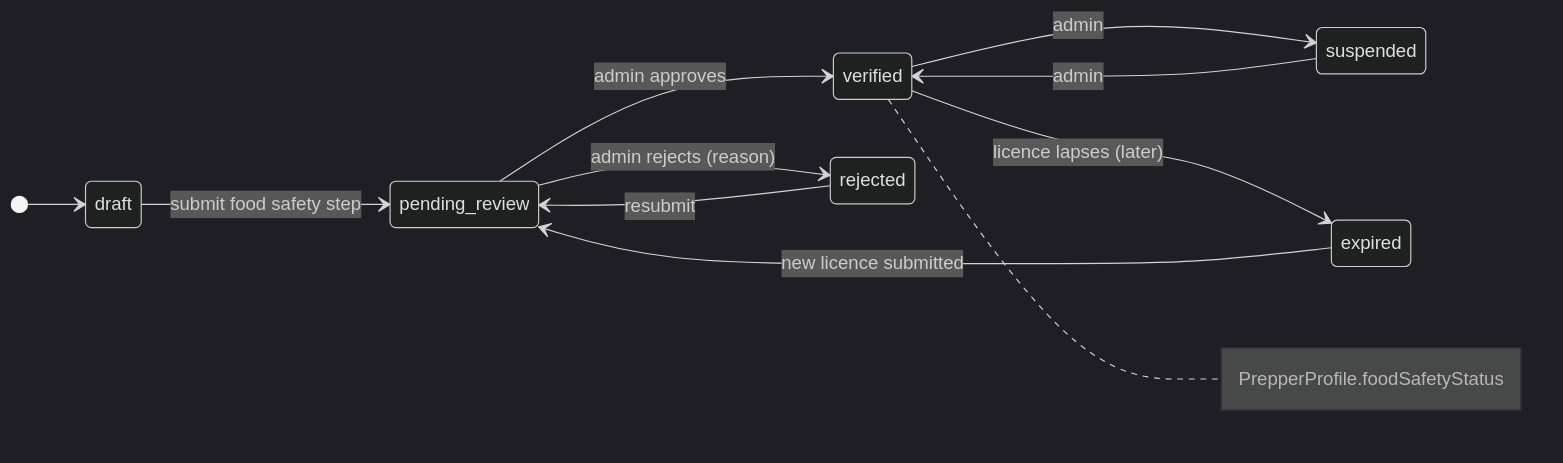
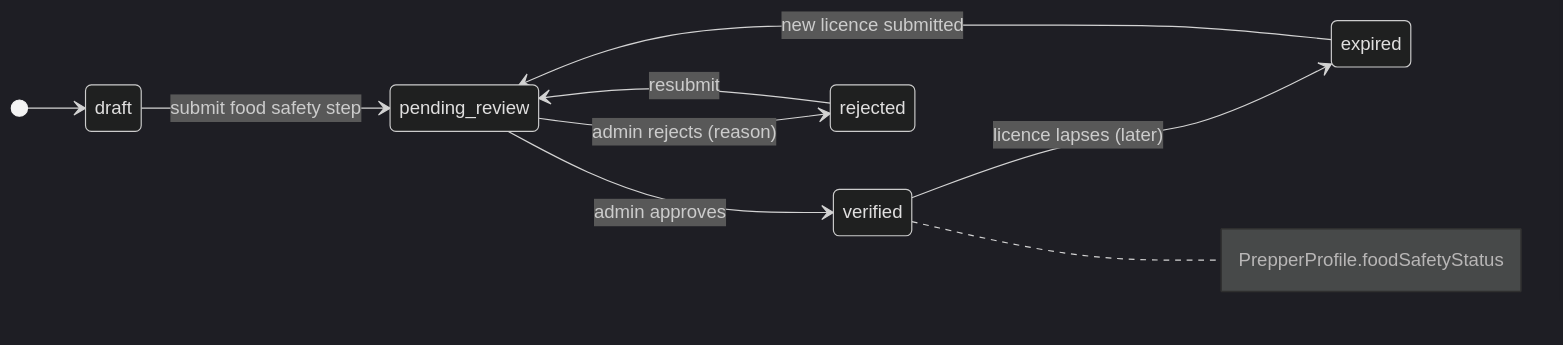
One commit to rachelwong/preppers changed the sixth of 7 diagrams in docs/plan/07-status-changes.md. Above: the diagram before and after it, drawn with Mermaid (dark theme). The commit also changed other lines of this file and 19 other files, not shown here.

````diff
--- a/docs/plan/07-status-changes.md
+++ b/docs/plan/07-status-changes.md
@@ -89,14 +87,12 @@
 ```mermaid
 stateDiagram-v2
   direction LR
   [*] --> draft
   draft --> pending_review: submit food safety step
   pending_review --> verified: admin approves
   pending_review --> rejected: admin rejects (reason)
   rejected --> pending_review: resubmit
-  verified --> suspended: admin
-  suspended --> verified: admin
   verified --> expired: licence lapses (later)
   expired --> pending_review: new licence submitted
   note right of verified: PrepperProfile.foodSafetyStatus
 ```
````
